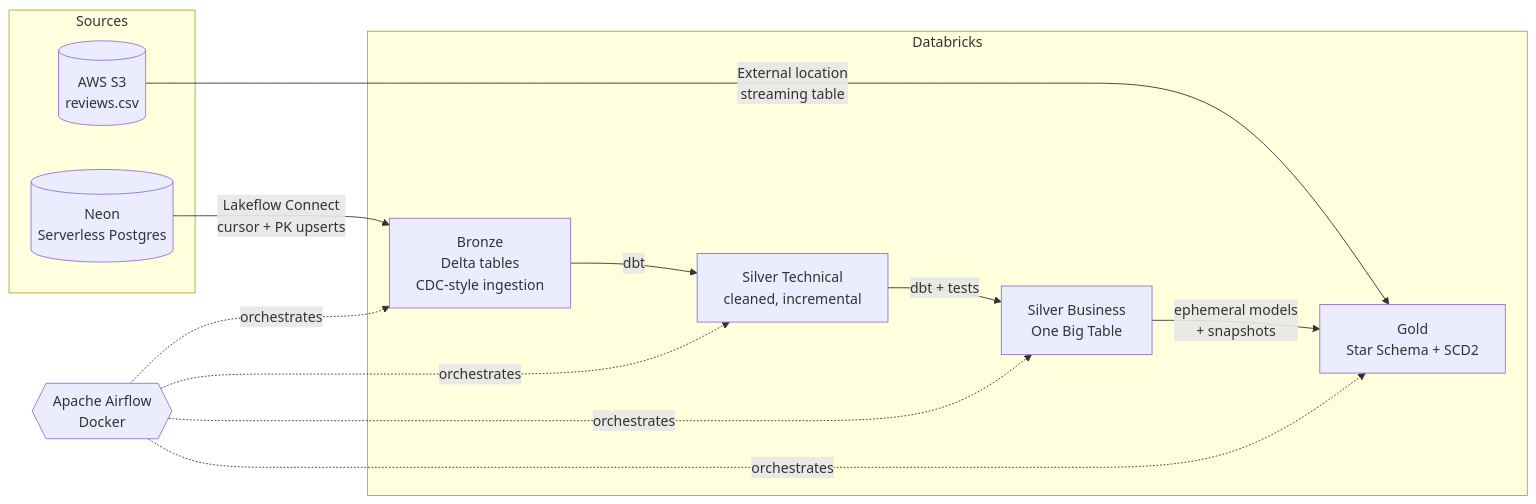
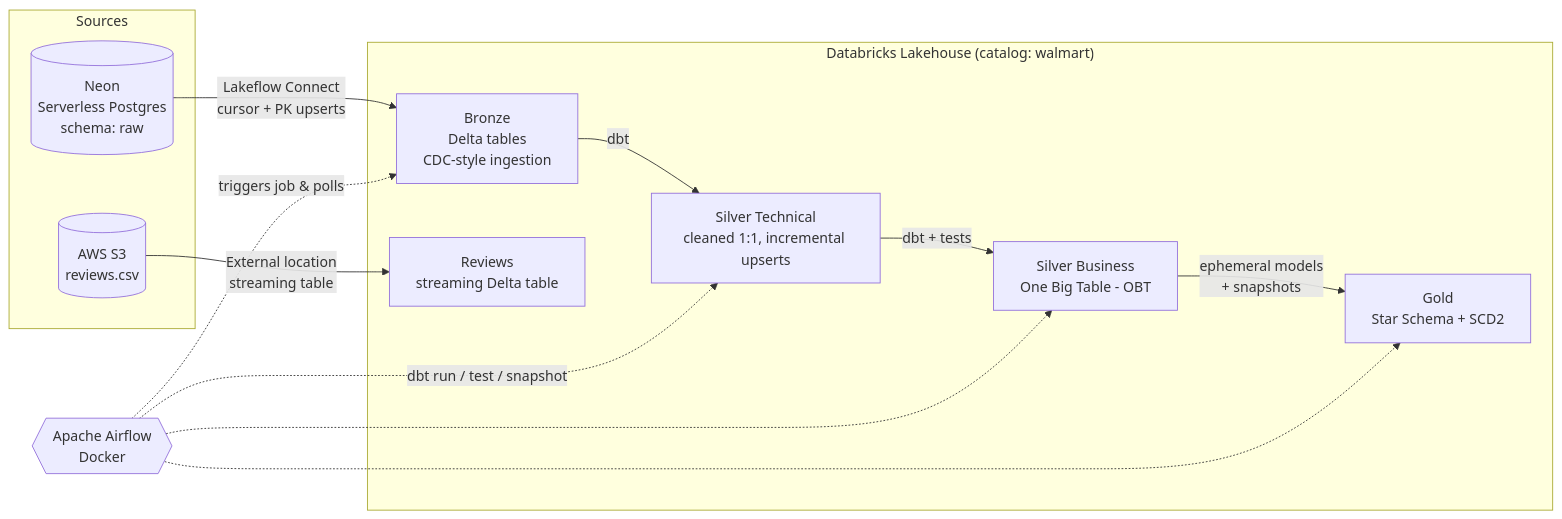
Before and after one commit to maryem37/Walmart-Lakehouse: the diagram in README.md, drawn with Mermaid. The commit also changed other lines of this file, not shown here.

````diff
--- a/README.md
+++ b/README.md
@@ -36,26 +87,27 @@
 ```mermaid
 flowchart LR
     subgraph Sources
-        A[(Neon<br/>Serverless Postgres)]
+        A[(Neon<br/>Serverless Postgres<br/>schema: raw)]
         B[(AWS S3<br/>reviews.csv)]
     end
 
-    subgraph Databricks
+    subgraph Databricks["Databricks Lakehouse (catalog: walmart)"]
         C[Bronze<br/>Delta tables<br/>CDC-style ingestion]
-        D[Silver Technical<br/>cleaned, incremental]
-        E[Silver Business<br/>One Big Table]
+        D[Silver Technical<br/>cleaned 1:1, incremental upserts]
+        E[Silver Business<br/>One Big Table - OBT]
         F[Gold<br/>Star Schema + SCD2]
+        R[Reviews<br/>streaming Delta table]
     end
 
     G{{Apache Airflow<br/>Docker}}
 
     A -->|Lakeflow Connect<br/>cursor + PK upserts| C
-    B -->|External location<br/>streaming table| F
+    B -->|External location<br/>streaming table| R
     C -->|dbt| D
     D -->|dbt + tests| E
     E -->|ephemeral models<br/>+ snapshots| F
-    G -.orchestrates.-> C
-    G -.orchestrates.-> D
-    G -.orchestrates.-> E
-    G -.orchestrates.-> F
+    G -.triggers job & polls.-> C
+    G -.dbt run / test / snapshot.-> D
+    G -.-> E
+    G -.-> F
 ```
````
